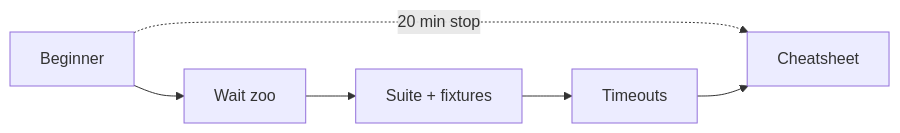
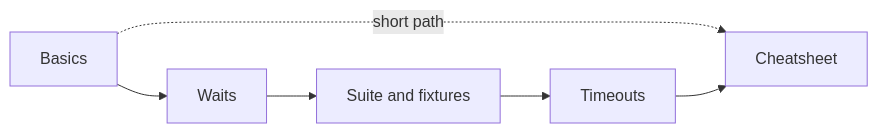
The first of 4 diagrams in _posts/2026-07-10-playwright-typescript-beginner-to-timeouts.md (veeresh-bikkaneti/techtalkwith-veeresh), drawn with Mermaid before and after one commit. The commit also changed other lines of this file and 9 other files, not shown here.

````diff
--- a/_posts/2026-07-10-playwright-typescript-beginner-to-timeouts.md
+++ b/_posts/2026-07-10-playwright-typescript-beginner-to-timeouts.md
@@ -54,8 +50,8 @@
 ```mermaid
 flowchart LR
-  B[Beginner] --> W[Wait zoo]
-  W --> S[Suite + fixtures]
+  B[Basics] --> W[Waits]
+  W --> S[Suite and fixtures]
   S --> T[Timeouts]
-  B -.->|20 min stop| C[Cheatsheet]
+  B -.->|short path| C[Cheatsheet]
   T --> C
 ```
````
